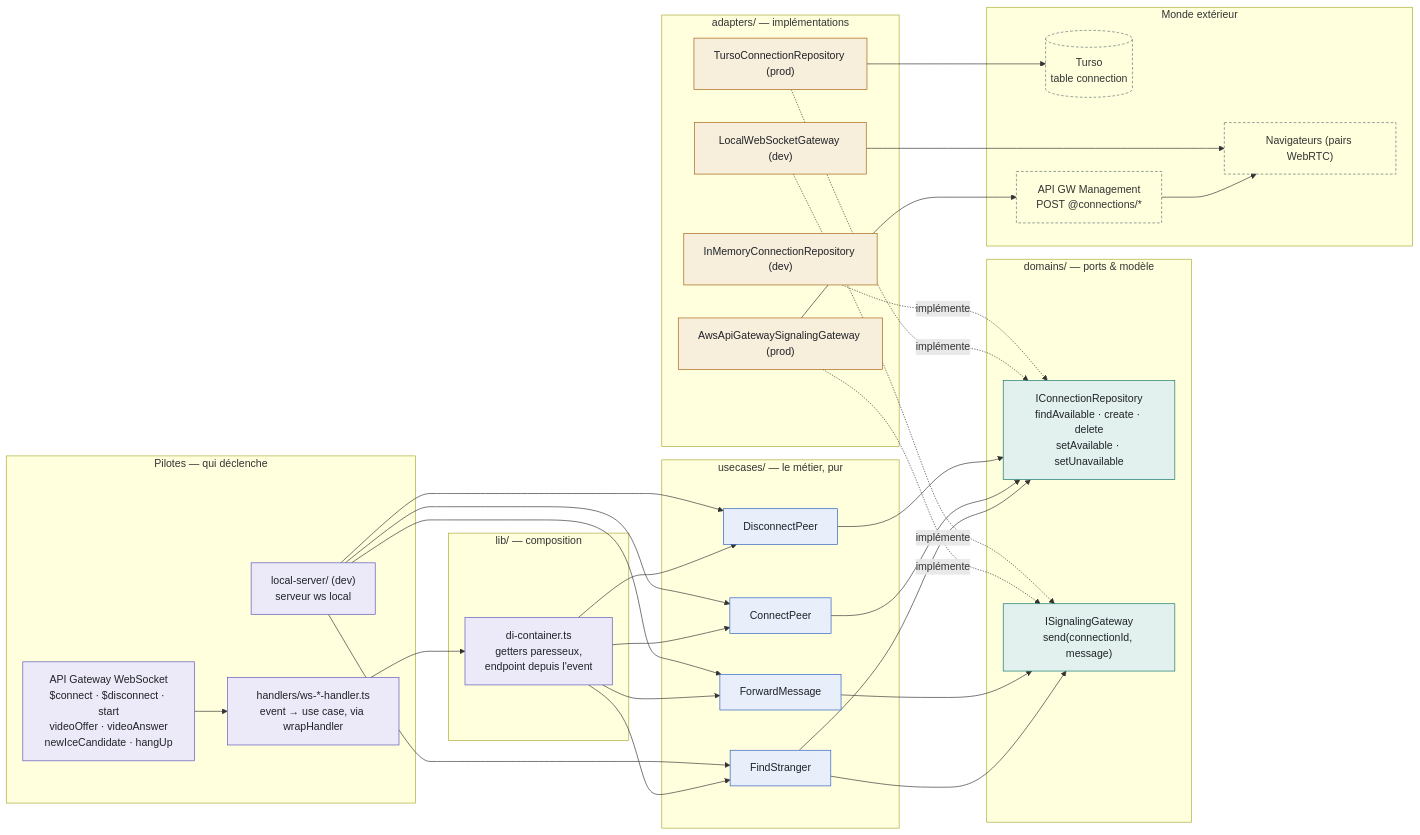
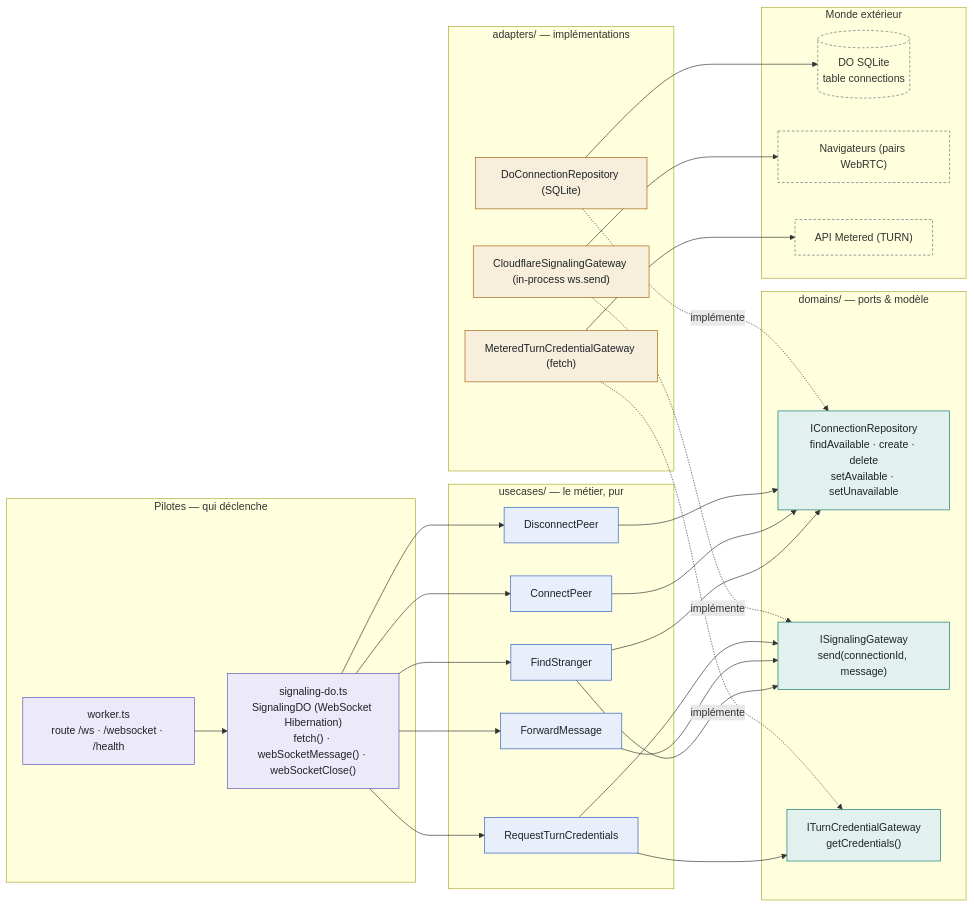
Before and after one commit to geraudi/video-chat-webrtc-poc: the first of 2 diagrams in docs/signaling/ARCHITECTURE.md, drawn with Mermaid. The commit also changed other lines of this file and 60 other files, not shown here.

Commit message:
Decommissioning AWS signaling-ws infra

````diff
--- a/docs/signaling/ARCHITECTURE.md
+++ b/docs/signaling/ARCHITECTURE.md
@@ -16,75 +17,68 @@
 ```mermaid
 flowchart LR
   subgraph pilotes["Pilotes — qui déclenche"]
-    GW["API Gateway WebSocket<br/>$connect · $disconnect · start<br/>videoOffer · videoAnswer<br/>newIceCandidate · hangUp"]
-    H["handlers/ws-*-handler.ts<br/>event → use case, via wrapHandler"]
-    LS["local-server/ (dev)<br/>serveur ws local"]
-  end
-
-  subgraph lib["lib/ — composition"]
-    DI["di-container.ts<br/>getters paresseux,<br/>endpoint depuis l'event"]
+    W["worker.ts<br/>route /ws · /websocket · /health"]
+    DO["signaling-do.ts<br/>SignalingDO (WebSocket Hibernation)<br/>fetch() · webSocketMessage() · webSocketClose()"]
   end
 
   subgraph usecases["usecases/ — le métier, pur"]
     FS["FindStranger"]
     FM["ForwardMessage"]
     CP["ConnectPeer"]
     DP["DisconnectPeer"]
+    RT["RequestTurnCredentials"]
   end
 
   subgraph domaine["domains/ — ports & modèle"]
     RP["IConnectionRepository<br/>findAvailable · create · delete<br/>setAvailable · setUnavailable"]
     SG["ISignalingGateway<br/>send(connectionId, message)"]
+    TG["ITurnCredentialGateway<br/>getCredentials()"]
   end
 
   subgraph adapters["adapters/ — implémentations"]
-    TU["TursoConnectionRepository (prod)"]
-    AG["AwsApiGatewaySignalingGateway (prod)"]
-    IM["InMemoryConnectionRepository (dev)"]
-    LG["LocalWebSocketGateway (dev)"]
+    DR["DoConnectionRepository (SQLite)"]
+    CG["CloudflareSignalingGateway (in-process ws.send)"]
+    MG["MeteredTurnCredentialGateway (fetch)"]
   end
 
   subgraph externe["Monde extérieur"]
-    DB[("Turso<br/>table connection")]
-    MGMT["API GW Management<br/>POST @connections/*"]
-    BR["Navigateurs (pairs WebRTC)"]
+    DB[("DO SQLite<br/>table connections")]
+    WS["Navigateurs (pairs WebRTC)"]
+    ME["API Metered (TURN)"]
   end
 
-  GW --> H --> DI
-  DI --> FS
-  DI --> FM
-  DI --> CP
-  DI --> DP
-  LS --> FS
-  LS --> FM
-  LS --> CP
-  LS --> DP
+  W --> DO
+  DO --> FS
+  DO --> FM
+  DO --> CP
+  DO --> DP
+  DO --> RT
 
   FS --> RP
   FS --> SG
   FM --> SG
   CP --> RP
   DP --> RP
+  RT --> TG
+  RT --> SG
 
-  TU -. implémente .-> RP
-  IM -. implémente .-> RP
-  AG -. implémente .-> SG
-  LG -. implémente .-> SG
+  DR -. implémente .-> RP
+  CG -. implémente .-> SG
+  MG -. implémente .-> TG
 
-  TU --> DB
-  AG --> MGMT
-  MGMT --> BR
-  LG --> BR
+  DR --> DB
+  CG --> WS
+  MG --> ME
 
   classDef entry fill:#eceaf8,stroke:#5d53b8,color:#1f2328
   classDef uc fill:#e8eefa,stroke:#2a5fc0,color:#1f2328
   classDef dom fill:#e3f1ee,stroke:#0e756b,color:#1f2328
   classDef adap fill:#f8eedc,stroke:#a3610f,color:#1f2328
   classDef ext fill:transparent,stroke:#5d6e73,stroke-dasharray:4 3
 
-  class GW,H,LS,DI entry
-  class FS,FM,CP,DP uc
-  class RP,SG dom
-  class TU,AG,IM,LG adap
-  class DB,MGMT,BR ext
+  class W,DO entry
+  class FS,FM,CP,DP,RT uc
+  class RP,SG,TG dom
+  class DR,CG,MG adap
+  class DB,WS,ME ext
 ```
````
